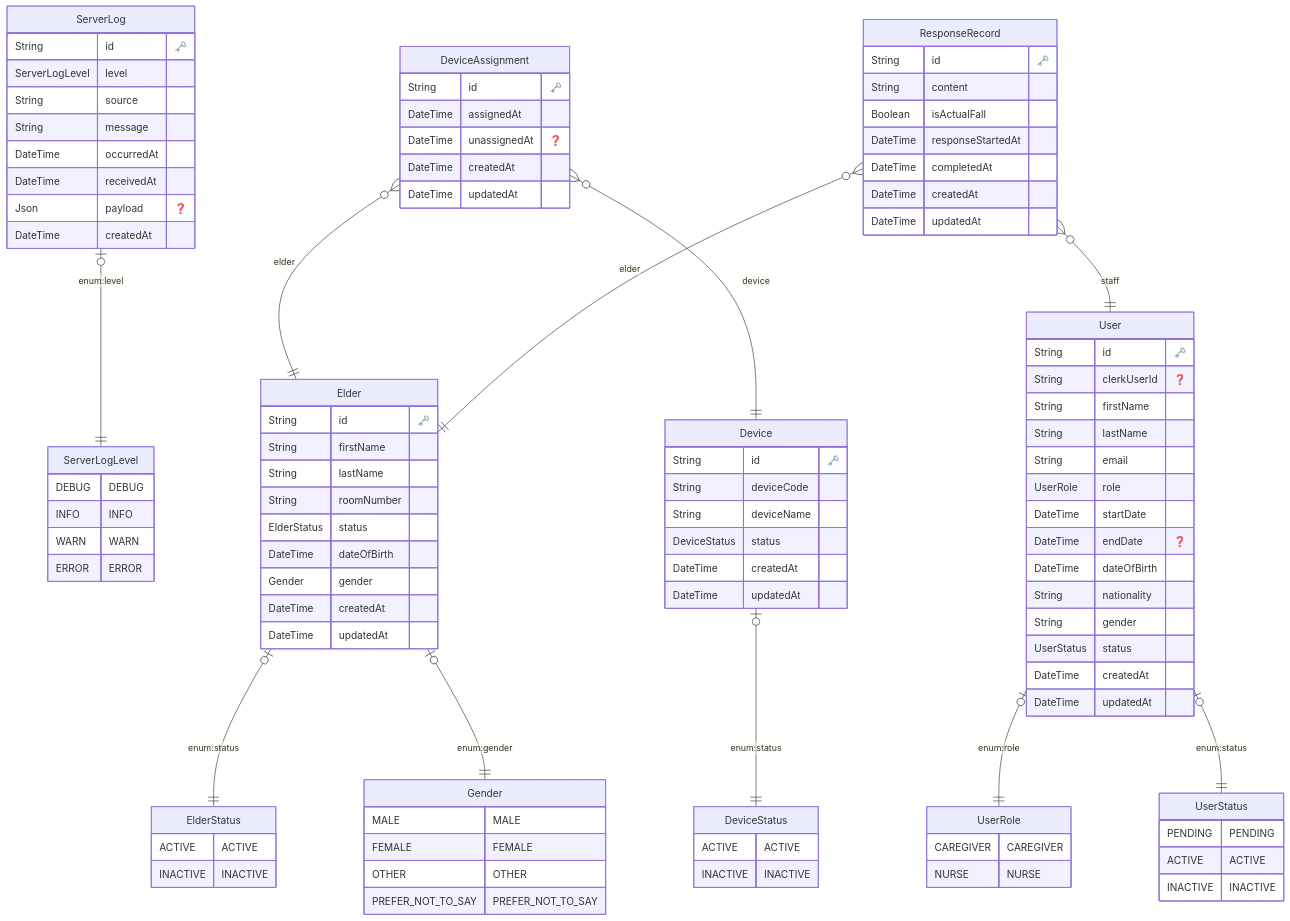
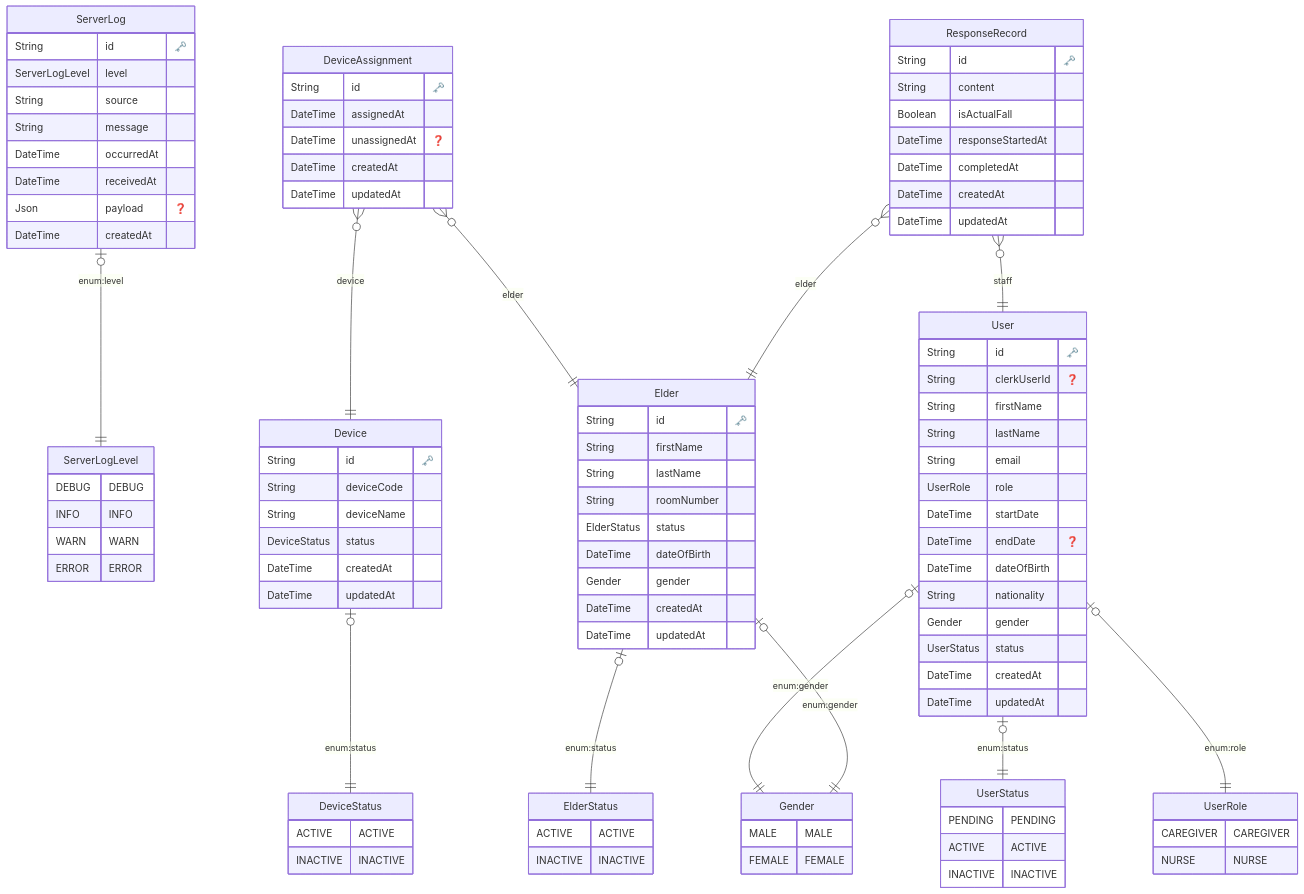
One commit to CCCproject2026/ccc_project_2026 changed the diagram in main/web/prisma/ERD.md. Above: the diagram before and after it, drawn with Mermaid. The commit also changed 23 other files, not shown here.

```diff
--- a/main/web/prisma/ERD.md
+++ b/main/web/prisma/ERD.md
@@ -26,8 +26,6 @@
         Gender {
             MALE MALE
 FEMALE FEMALE
-OTHER OTHER
-PREFER_NOT_TO_SAY PREFER_NOT_TO_SAY
         }
     
 
@@ -57,7 +55,7 @@
     DateTime endDate "❓"
     DateTime dateOfBirth 
     String nationality 
-    String gender 
+    Gender gender 
     UserStatus status 
     DateTime createdAt 
     DateTime updatedAt 
@@ -119,6 +117,7 @@
     }
   
     "User" |o--|| "UserRole" : "enum:role"
+    "User" |o--|| "Gender" : "enum:gender"
     "User" |o--|| "UserStatus" : "enum:status"
     "Elder" |o--|| "ElderStatus" : "enum:status"
     "Elder" |o--|| "Gender" : "enum:gender"
```
